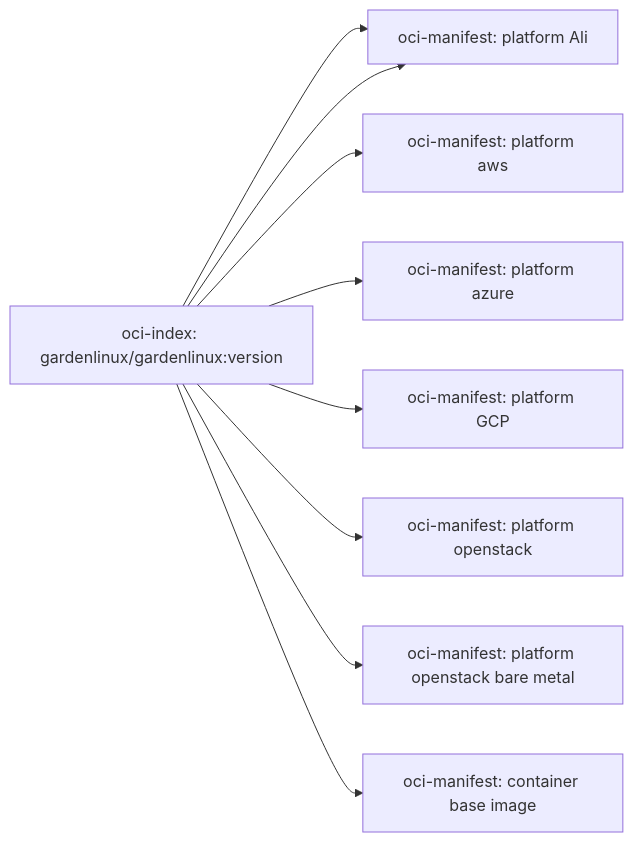
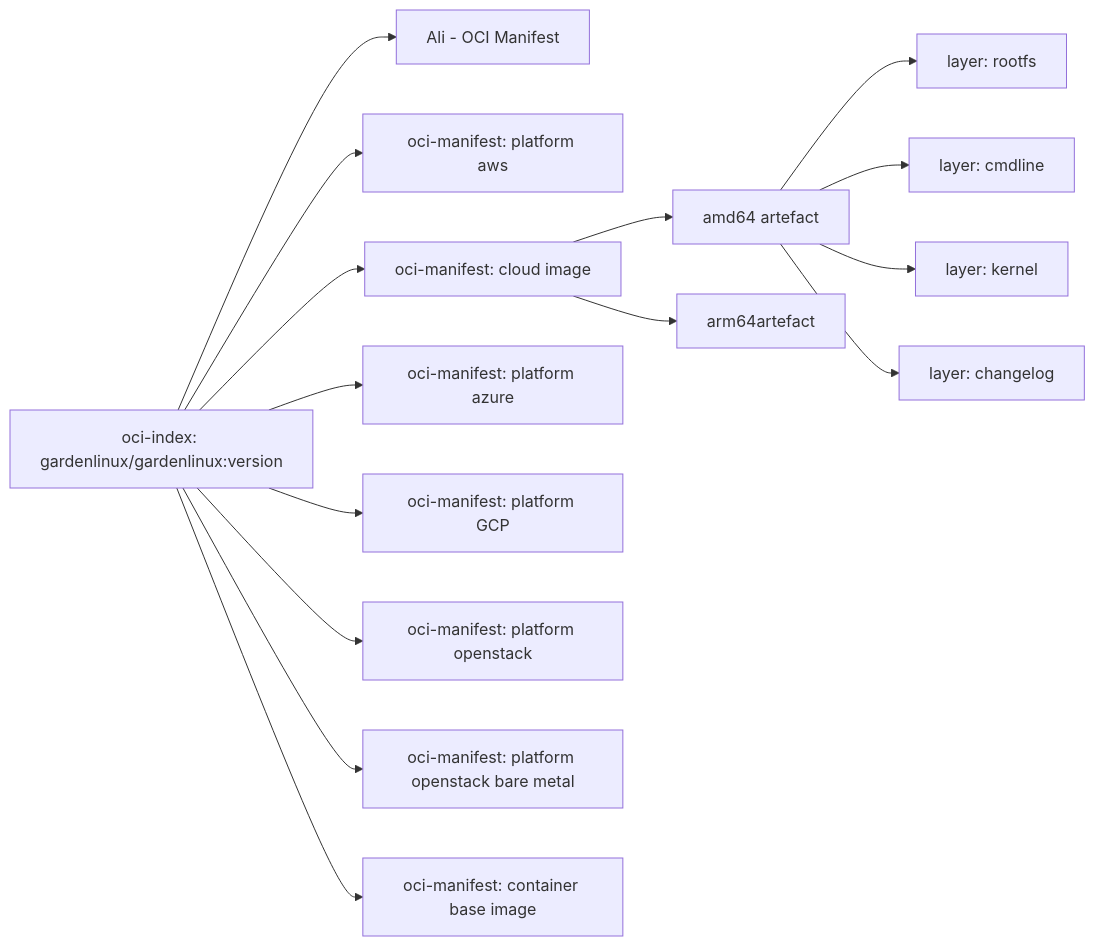
The diagram in docs/01_developers/ocm/oci-implementation-specification.md (gardenlinux/gardenlinux), drawn with Mermaid before and after one commit. The commit also changed other lines of this file, not shown here.

````diff
--- a/docs/01_developers/ocm/oci-implementation-specification.md
+++ b/docs/01_developers/ocm/oci-implementation-specification.md
@@ -18,13 +14,19 @@
 ```mermaid
 graph LR;
 
     Index[oci-index: gardenlinux/gardenlinux:version]--> ALI[Ali - OCI Manifest];
     Index--> AWS[oci-manifest: platform aws];
+    Index--> Manifest;
     Index--> AZURE[oci-manifest: platform azure];
-    Index--> ALI[oci-manifest: platform Ali];
     Index--> GCP[oci-manifest: platform GCP];
     Index--> OPENSTACK[oci-manifest: platform openstack];
     Index--> OPENSTACK_BAREMETAL[oci-manifest: platform openstack bare metal];
     Index--> CONTAINER[oci-manifest: container base image];
     
+    image_amd64[oci-image: cloud image]--> layer_rootfs[layer: rootfs];
+    image_amd64[oci-image: cloud image]--> layer_cmdline[layer: cmdline];
+    image_amd64[oci-image: cloud image]--> layer_kernel[layer: kernel];
+    image_amd64[oci-image: cloud image]--> layer_changelog[layer: changelog];
+    Manifest[oci-manifest: cloud image]--> image_amd64[amd64 artefact];
+    Manifest[oci-manifest: cloud image]--> image_arm64[arm64artefact];
 ```
````
